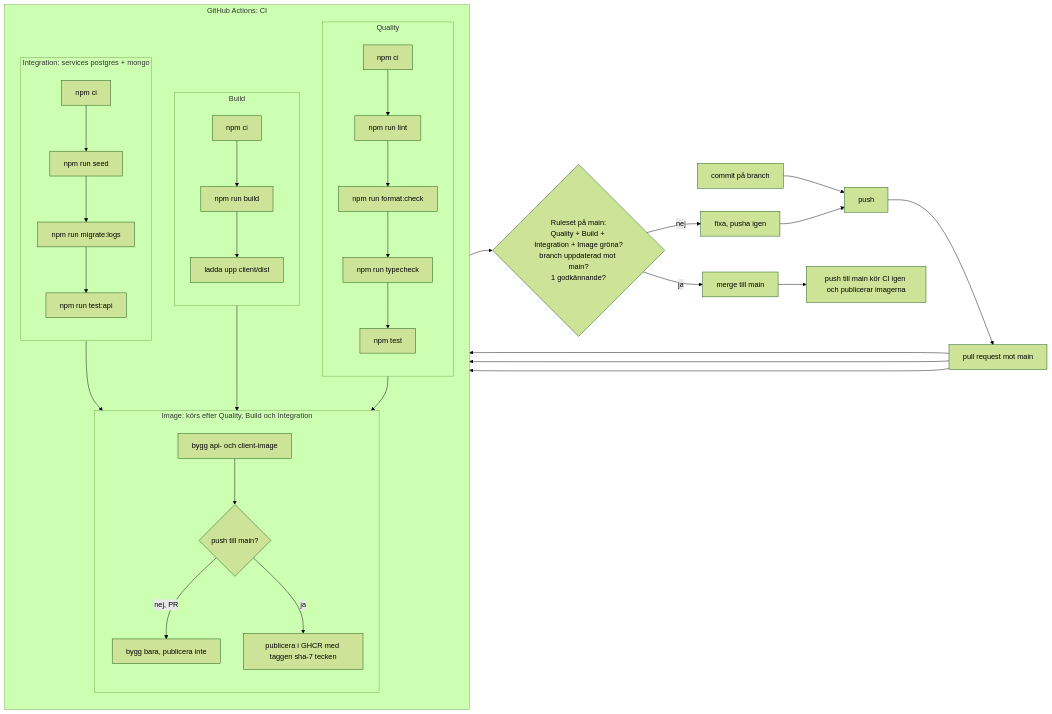
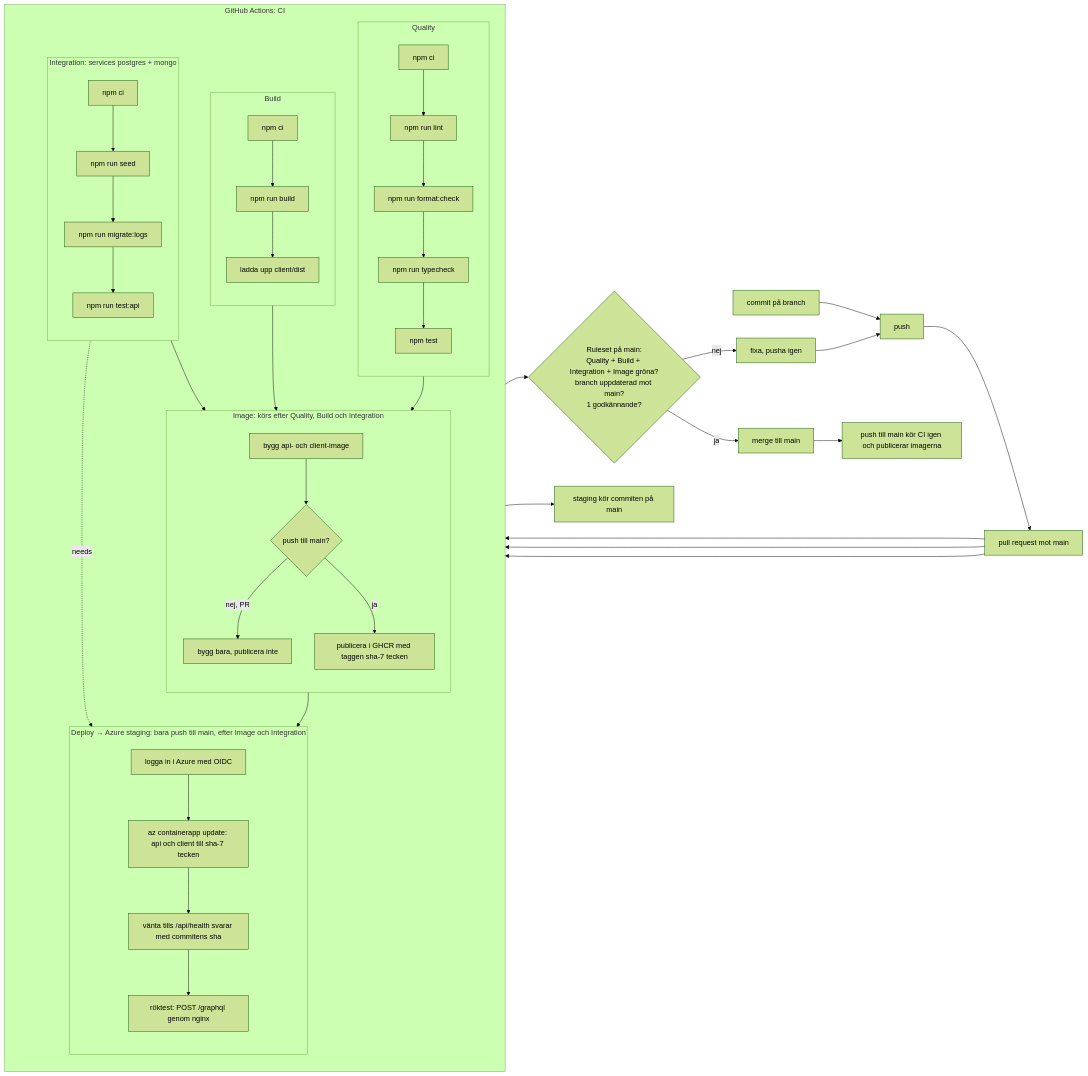
Before and after one commit to utpost-team/utpost: the diagram in docs/pipeline.md, drawn with Mermaid (forest theme). The commit also changed other lines of this file and 1 other file, not shown here.

First line of the commit message:
docs: hosting decision and Deploy in pipeline.md (M6 step 6)

````diff
--- a/docs/pipeline.md
+++ b/docs/pipeline.md
@@ -38,38 +44,47 @@
 ```mermaid
 flowchart LR
   B[commit på branch] --> P[push]
   P --> PR[pull request mot main]
 
   subgraph CI [GitHub Actions: CI]
     direction TB
     subgraph Q [Quality]
       direction TB
       Q1[npm ci] --> Q2[npm run lint] --> Q3[npm run format:check] --> Q5[npm run typecheck] --> Q4[npm test]
     end
     subgraph BU [Build]
       direction TB
       B1[npm ci] --> B2[npm run build] --> B3[ladda upp client/dist]
     end
     subgraph IN [Integration: services postgres + mongo]
       direction TB
       N1[npm ci] --> N2[npm run seed] --> N3[npm run migrate:logs] --> N4[npm run test:api]
     end
     subgraph IM [Image: körs efter Quality, Build och Integration]
       direction TB
       I1[bygg api- och client-image] --> I2{push till main?}
       I2 -->|nej, PR| I3[bygg bara, publicera inte]
       I2 -->|ja| I4[publicera i GHCR med taggen sha-7 tecken]
     end
+    subgraph DE [Deploy → Azure staging: bara push till main, efter Image och Integration]
+      direction TB
+      D1[logga in i Azure med OIDC] --> D2[az containerapp update: api och client till sha-7 tecken]
+      D2 --> D3[vänta tills /api/health svarar med commitens sha]
+      D3 --> D4[röktest: POST /graphql genom nginx]
+    end
   end
 
   PR --> Q1
   PR --> B1
   PR --> N1
   Q4 --> I1
   B3 --> I1
   N4 --> I1
   I3 --> S{Ruleset på main:<br/>Quality + Build + Integration + Image gröna?<br/>branch uppdaterad mot main?<br/>1 godkännande?}
   S -->|nej| F[fixa, pusha igen] --> P
   S -->|ja| M[merge till main]
   M --> MAIN[push till main kör CI igen och publicerar imagerna]
+  I4 --> D1
+  N4 -.->|needs| D1
+  D4 --> STG[staging kör commiten på main]
 ```
````
